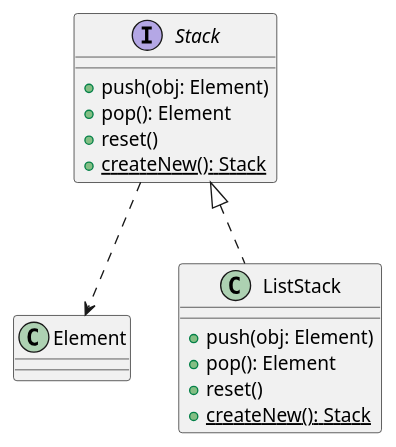
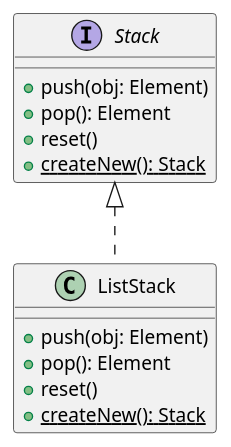
The diagram in Task_4/1/1c.puml (fanglores/Advanced-Software-Design), drawn with PlantUML before and after one commit. The commit also changed 3 other files, not shown here.

```diff
--- a/Task_4/1/1c.puml
+++ b/Task_4/1/1c.puml
@@ -1,23 +1,19 @@
 @startuml
 
 interface Stack {
   + push(obj: Element)
   + pop(): Element
   + reset()
   {static} + createNew(): Stack
-}
-
-class Element {
 }
 
 class ListStack {
   + push(obj: Element)
   + pop(): Element
   + reset()
   {static} + createNew(): Stack
 }
 
 Stack <|.. ListStack
-Stack ..> Element
 
 @enduml
```
